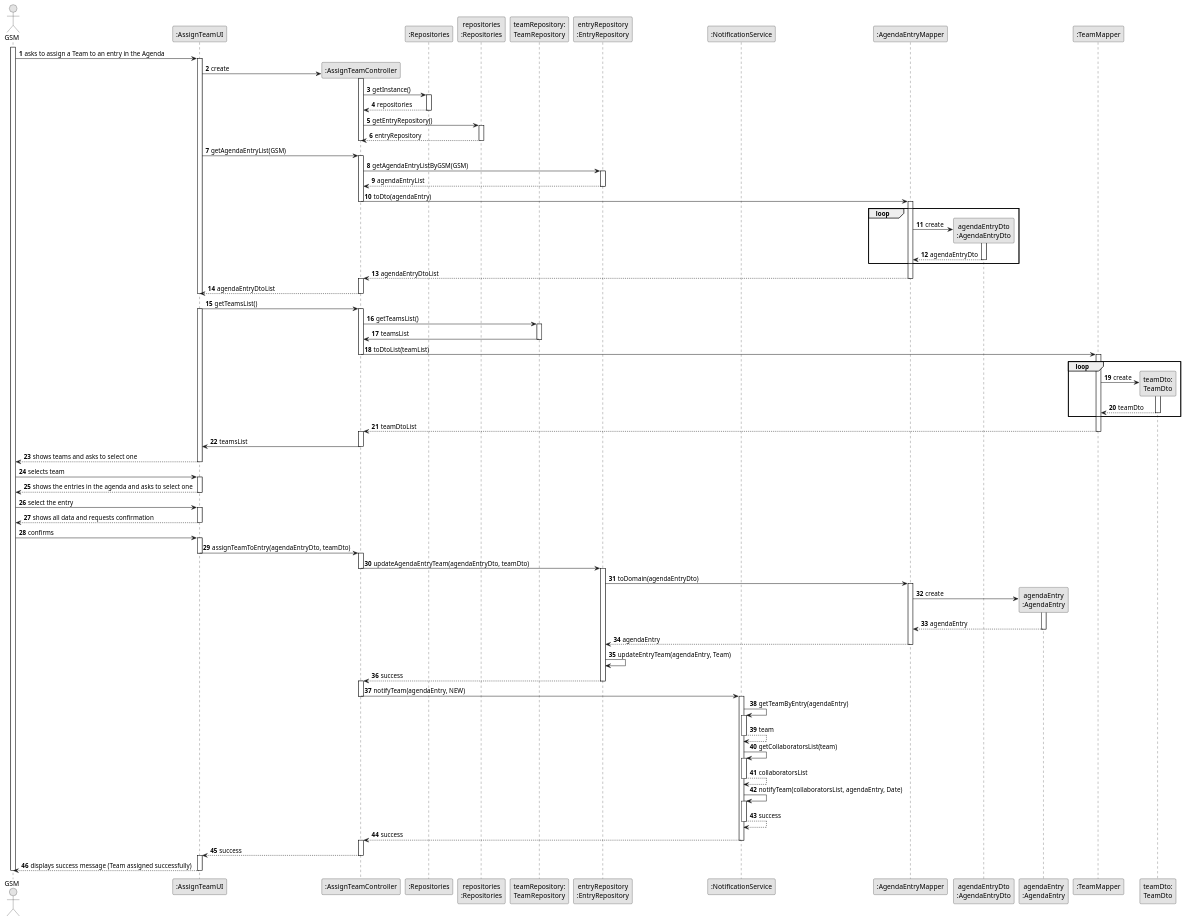
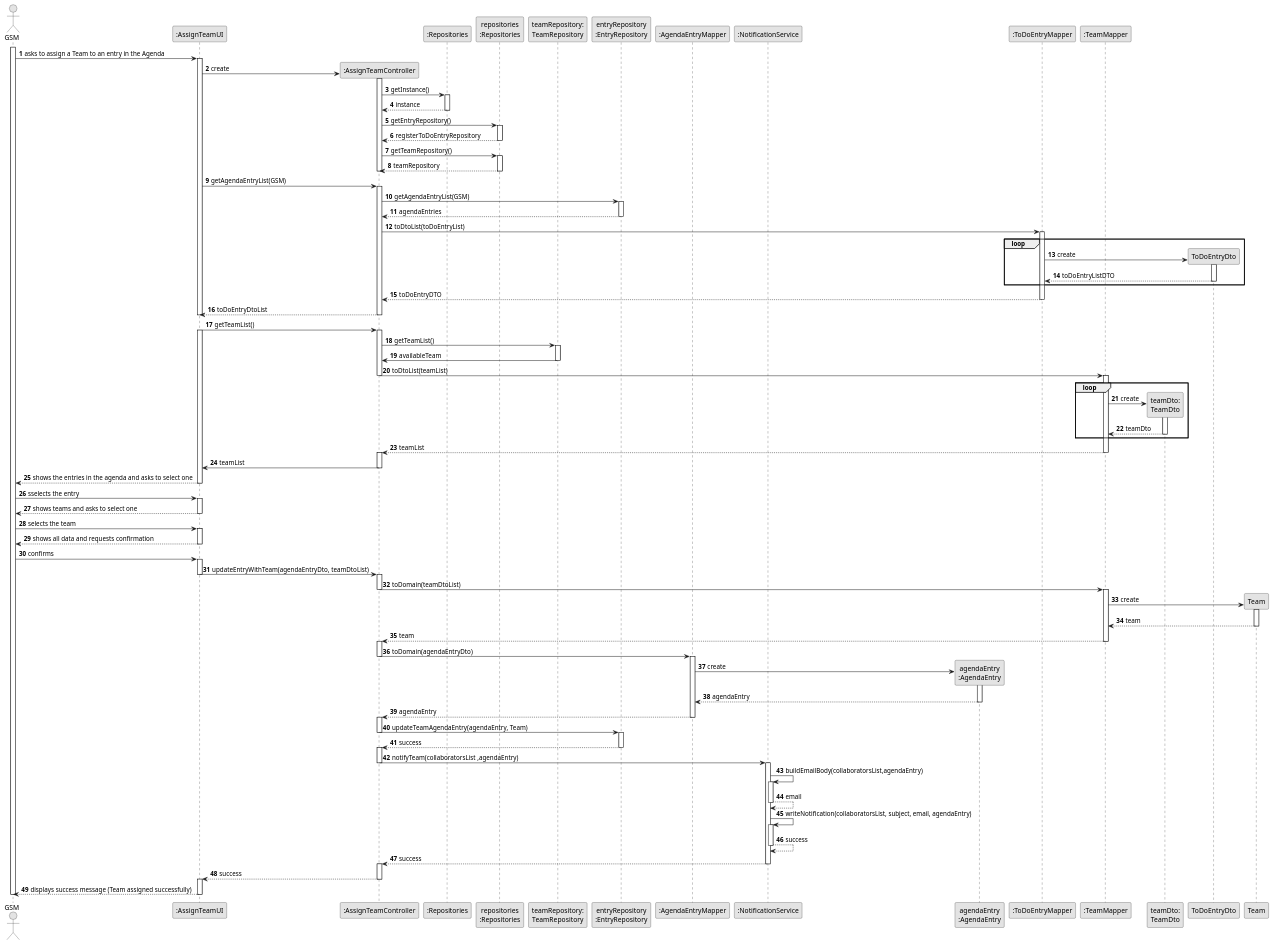
One commit to ricardomm7/leaflink changed the diagram in docs/sprintC/us023/03.design/puml/us023-sequence-diagram-full.puml. Above: the diagram before and after it, drawn with PlantUML. The commit also changed 4 other files, not shown here.

```diff
--- a/docs/sprintC/us023/03.design/puml/us023-sequence-diagram-full.puml
+++ b/docs/sprintC/us023/03.design/puml/us023-sequence-diagram-full.puml
@@ -15,10 +15,10 @@
 participant "repositories\n:Repositories" as PLAT
 participant "teamRepository:\nTeamRepository" as TeamRepository
 participant "entryRepository\n:EntryRepository" as EntryRepo
+participant ":AgendaEntryMapper" as AgendaEntryMapper
 participant ":NotificationService" as NotificationService
-participant ":AgendaEntryMapper" as AgendaEntryMapper
-participant "agendaEntryDto\n:AgendaEntryDto" as AgendaEntryDto
 participant "agendaEntry\n:AgendaEntry" as AgendaEntry
+participant ":ToDoEntryMapper" as ToDoEntryMapper
 participant ":TeamMapper" as teamMapper
 participant "teamDto:\nTeamDto" as teamDto
 
@@ -33,13 +33,19 @@
                     CTRL -> RepositorySingleton : getInstance()
                     activate RepositorySingleton
 
-                        RepositorySingleton --> CTRL : repositories
+                        RepositorySingleton --> CTRL : instance
                     deactivate RepositorySingleton
 
                     CTRL -> PLAT : getEntryRepository()
                     activate PLAT
 
-                        PLAT --> CTRL : entryRepository
+                        PLAT --> CTRL : registerToDoEntryRepository
+                    deactivate PLAT
+
+                    CTRL -> PLAT : getTeamRepository()
+                    activate PLAT
+
+                    PLAT --> CTRL : teamRepository
                     deactivate PLAT
 
                      deactivate CTRL
@@ -48,41 +54,40 @@
         UI -> CTRL: getAgendaEntryList(GSM)
                 activate CTRL
 
-                    CTRL -> EntryRepo: getAgendaEntryListByGSM(GSM)
+                    CTRL -> EntryRepo: getAgendaEntryList(GSM)
                     activate EntryRepo
 
-                    EntryRepo --> CTRL: agendaEntryList
+                    EntryRepo --> CTRL: agendaEntries
                     deactivate EntryRepo
 
-                    CTRL -> AgendaEntryMapper : toDto(agendaEntry)
-                    deactivate CTRL
-                    activate AgendaEntryMapper
+                    CTRL -> ToDoEntryMapper : toDtoList(toDoEntryList)
+                                activate ToDoEntryMapper
 
-                    loop
-                        AgendaEntryMapper -> AgendaEntryDto** : create
-                        activate AgendaEntryDto
+                                loop
 
-                        AgendaEntryDto --> AgendaEntryMapper : agendaEntryDto
-                        deactivate AgendaEntryDto
-                    end
+                                    ToDoEntryMapper -> ToDoEntryDto** : create
+                                    activate ToDoEntryDto
 
-                    AgendaEntryMapper --> CTRL : agendaEntryDtoList
-                    deactivate AgendaEntryMapper
-                    activate CTRL
+                                    ToDoEntryDto --> ToDoEntryMapper : toDoEntryListDTO
+                                    deactivate ToDoEntryDto
+                                end
 
+                                ToDoEntryMapper --> CTRL : toDoEntryDTO
+                                deactivate ToDoEntryMapper
 
-                CTRL --> UI : agendaEntryDtoList
-                deactivate CTRL
+                                CTRL --> UI : toDoEntryDtoList
+                            deactivate CTRL
+
                 deactivate UI
 
-        UI -> CTRL : getTeamsList()
+        UI -> CTRL : getTeamList()
                 activate UI
                 activate CTRL
 
-                CTRL -> TeamRepository : getTeamsList()
+                CTRL -> TeamRepository : getTeamList()
                 activate TeamRepository
 
-                TeamRepository -> CTRL : teamsList
+                TeamRepository -> CTRL : availableTeam
                 deactivate TeamRepository
 
                 CTRL -> teamMapper: toDtoList(teamList)
@@ -100,23 +105,23 @@
                     end loop
 
 
-                teamMapper --> CTRL: teamDtoList
+                teamMapper --> CTRL: teamList
                 deactivate teamMapper
                 activate CTRL
 
-                CTRL -> UI : teamsList
+                CTRL -> UI : teamList
                 deactivate CTRL
 
-        UI --> GSM : shows teams and asks to select one
+        UI --> GSM : shows the entries in the agenda and asks to select one
         deactivate UI
 
-    GSM -> UI : selects team
+    GSM -> UI : sselects the entry
     activate UI
 
-    UI --> GSM : shows the entries in the agenda and asks to select one
+    UI --> GSM : shows teams and asks to select one
     deactivate UI
 
-    GSM -> UI: select the entry
+    GSM -> UI: selects the team
     activate UI
 
     UI --> GSM : shows all data and requests confirmation
@@ -125,50 +130,60 @@
     GSM -> UI: confirms
     activate UI
 
-        UI -> CTRL : assignTeamToEntry(agendaEntryDto, teamDto)
+        UI -> CTRL : updateEntryWithTeam(agendaEntryDto, teamDtoList)
                 deactivate UI
                 activate CTRL
 
+                    CTRL -> teamMapper : toDomain(teamDtoList)
+                                deactivate CTRL
+                                activate teamMapper
 
-                    CTRL -> EntryRepo : updateAgendaEntryTeam(agendaEntryDto, teamDto)
-                    deactivate CTRL
-                    activate EntryRepo
+                                    teamMapper -> Team** : create
+                                    activate Team
 
-                    EntryRepo -> AgendaEntryMapper : toDomain(agendaEntryDto)
-                    activate AgendaEntryMapper
+                                    Team --> teamMapper : team
+                                    deactivate Team
 
-                        AgendaEntryMapper -> AgendaEntry** : create
-                        activate AgendaEntry
+                                teamMapper --> CTRL : team
+                                deactivate teamMapper
+                                activate CTRL
 
-                        AgendaEntry --> AgendaEntryMapper : agendaEntry
-                        deactivate AgendaEntry
+                    CTRL -> AgendaEntryMapper : toDomain(agendaEntryDto)
+                                deactivate CTRL
+                                activate AgendaEntryMapper
 
-                    AgendaEntryMapper --> EntryRepo : agendaEntry
-                    deactivate AgendaEntryMapper
+                                    AgendaEntryMapper -> AgendaEntry** : create
+                                    activate AgendaEntry
 
-                        EntryRepo -> EntryRepo : updateEntryTeam(agendaEntry, Team)
+                                    AgendaEntry --> AgendaEntryMapper : agendaEntry
+                                    deactivate AgendaEntry
+
+                                AgendaEntryMapper --> CTRL : agendaEntry
+                                deactivate AgendaEntryMapper
+
+                        activate CTRL
+
+                        CTRL -> EntryRepo : updateTeamAgendaEntry(agendaEntry, Team)
+                        deactivate CTRL
+                        activate EntryRepo
+
+
 
                     EntryRepo --> CTRL : success
                     deactivate EntryRepo
                     activate CTRL
 
-        CTRL -> NotificationService : notifyTeam(agendaEntry, NEW)
+        CTRL -> NotificationService : notifyTeam(collaboratorsList ,agendaEntry)
                     deactivate CTRL
                     activate NotificationService
 
-                        NotificationService -> NotificationService : getTeamByEntry(agendaEntry)
+                        NotificationService -> NotificationService : buildEmailBody(collaboratorsList,agendaEntry)
                         activate NotificationService
 
-                        NotificationService --> NotificationService : team
+                        NotificationService --> NotificationService : email
                         deactivate NotificationService
 
-                        NotificationService -> NotificationService : getCollaboratorsList(team)
-                        activate NotificationService
-
-                        NotificationService --> NotificationService : collaboratorsList
-                        deactivate NotificationService
-
-                        NotificationService -> NotificationService : notifyTeam(collaboratorsList, agendaEntry, Date)
+                        NotificationService -> NotificationService : writeNotification(collaboratorsList, subject, email, agendaEntry)
                         activate NotificationService
 
                         NotificationService --> NotificationService : success
```
